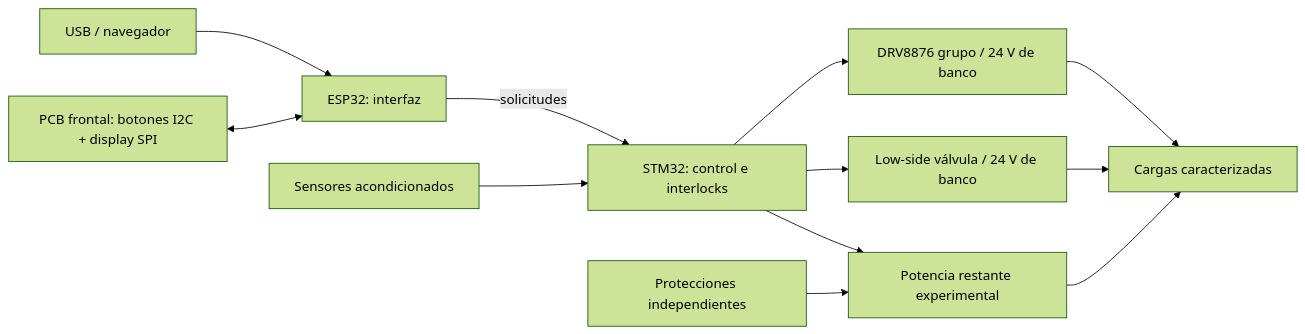
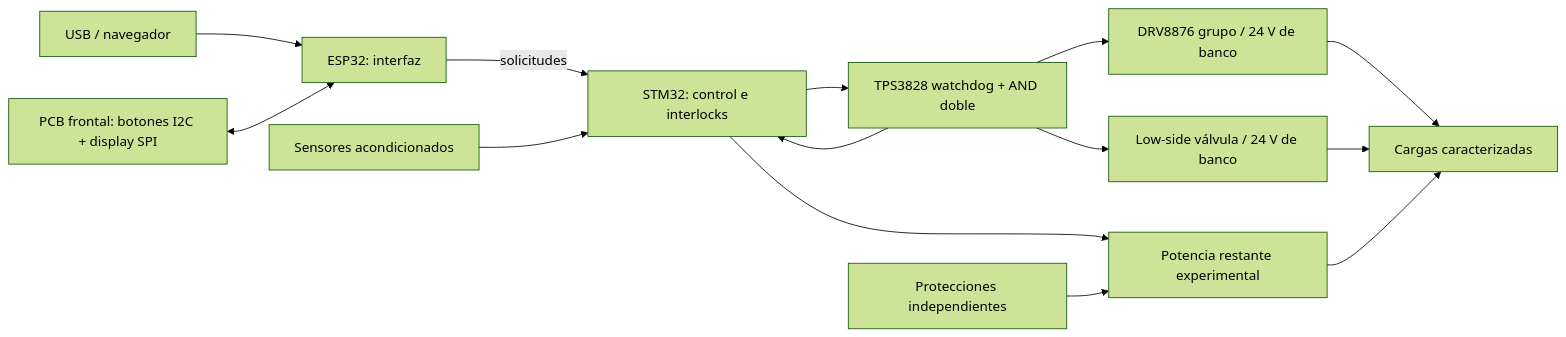
The diagram in docs/architecture.md (itorralbo/open-saeco-controller), drawn with Mermaid (forest theme) before and after one commit. The commit also changed other lines of this file and 25 other files, not shown here.

````diff
--- a/docs/architecture.md
+++ b/docs/architecture.md
@@ -25,14 +25,16 @@
 ```mermaid
 flowchart LR
     U[USB / navegador] --> E[ESP32: interfaz]
     F[PCB frontal: botones I2C + display SPI] <--> E
     E -->|solicitudes| S[STM32: control e interlocks]
     I[Sensores acondicionados] --> S
-    S --> G[DRV8876 grupo / 24 V de banco]
-    S --> V[Low-side válvula / 24 V de banco]
+    W[TPS3828 watchdog + AND doble] --> S
+    W --> G[DRV8876 grupo / 24 V de banco]
+    W --> V[Low-side válvula / 24 V de banco]
+    S --> W
     S --> P[Potencia restante experimental]
     G --> C[Cargas caracterizadas]
     V --> C
     P --> C[Cargas caracterizadas]
     H[Protecciones independientes] --> P
 ```
````
